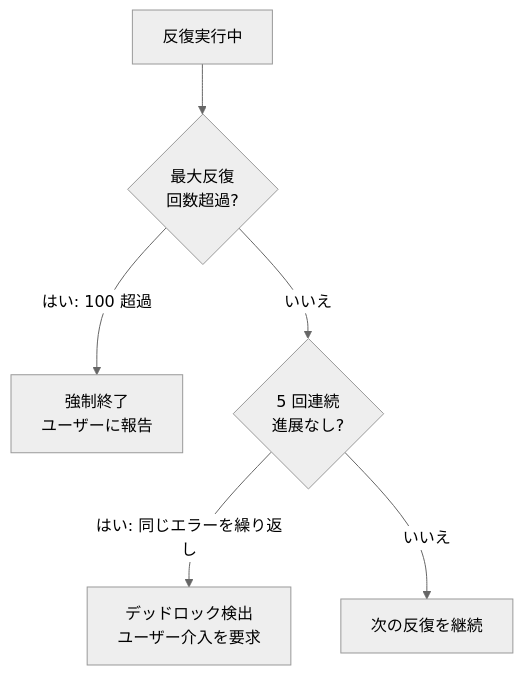
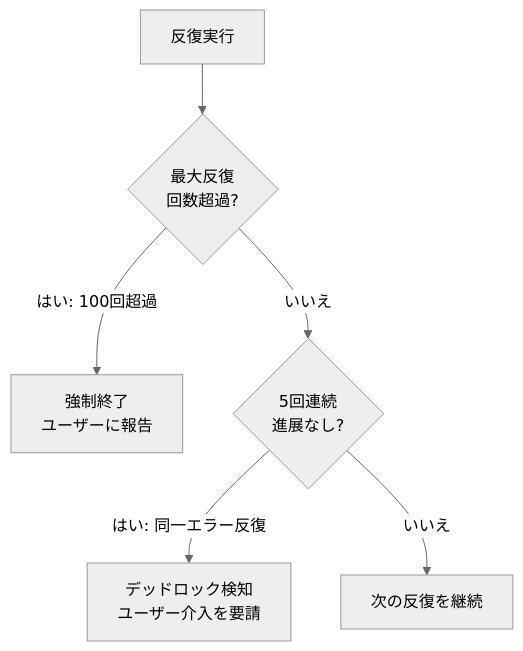
Before and after one commit to modu-ai/moai-adk: the second of 4 diagrams in docs-site/content/ja/utility-commands/moai-loop.md, drawn with Mermaid (neutral theme). The commit also changed other lines of this file and 395 other files, not shown here.

````diff
--- a/docs-site/content/ja/utility-commands/moai-loop.md
+++ b/docs-site/content/ja/utility-commands/moai-loop.md
@@ -129,8 +150,8 @@
 ```mermaid
 flowchart TD
-    A[反復実行中] --> B{最大反復<br/>回数超過?}
-    B -->|はい: 100 超過| C["強制終了<br/>ユーザーに報告"]
-    B -->|いいえ| D{5 回連続<br/>進展なし?}
-    D -->|はい: 同じエラーを繰り返し| E["デッドロック検出<br/>ユーザー介入を要求"]
+    A[反復実行] --> B{最大反復<br/>回数超過?}
+    B -->|はい: 100回超過| C["強制終了<br/>ユーザーに報告"]
+    B -->|いいえ| D{5回連続<br/>進展なし?}
+    D -->|はい: 同一エラー反復| E["デッドロック検知<br/>ユーザー介入を要請"]
     D -->|いいえ| F[次の反復を継続]
 ```
````
